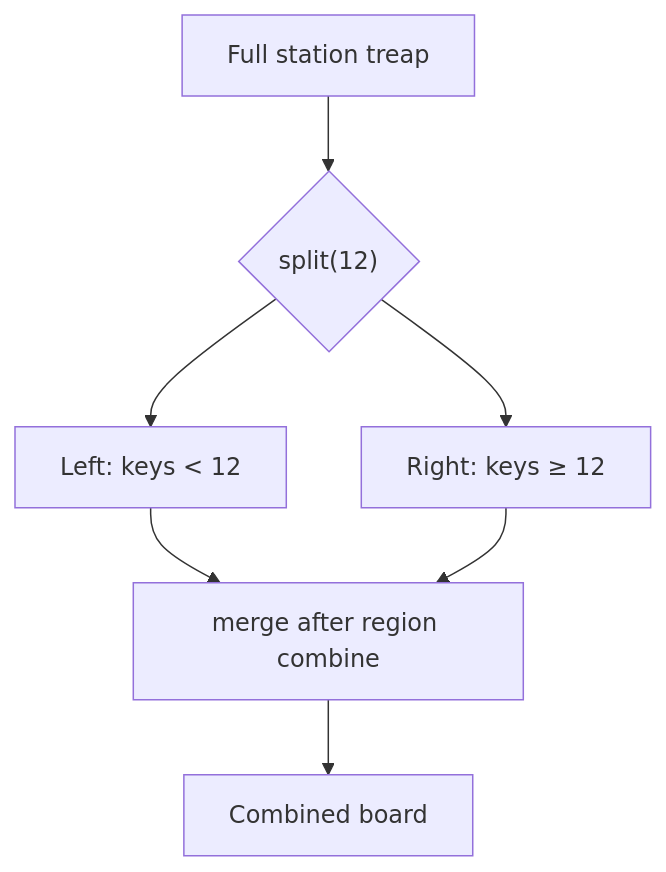
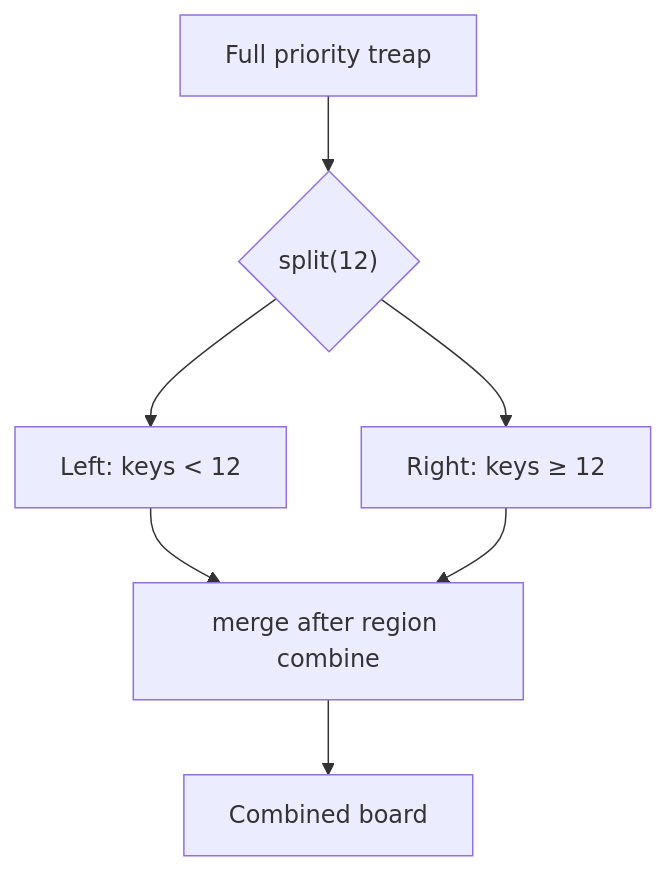
One commit to qgjones9/python-programming-guide changed the fifth of 6 diagrams in docs/dsa/data-structures/treaps/index.md. Above: the diagram before and after it, drawn with Mermaid. The commit also changed other lines of this file and 31 other files, not shown here.

````diff
--- a/docs/dsa/data-structures/treaps/index.md
+++ b/docs/dsa/data-structures/treaps/index.md
@@ -445,10 +445,10 @@
 ```mermaid
 flowchart TB
-  T["Full station treap"]
+  T["Full priority treap"]
   T --> S{"split(12)"}
   S --> L["Left: keys < 12"]
   S --> R["Right: keys ≥ 12"]
   L --> M["merge after region combine"]
   R --> M
   M --> T2["Combined board"]
 ```
````
